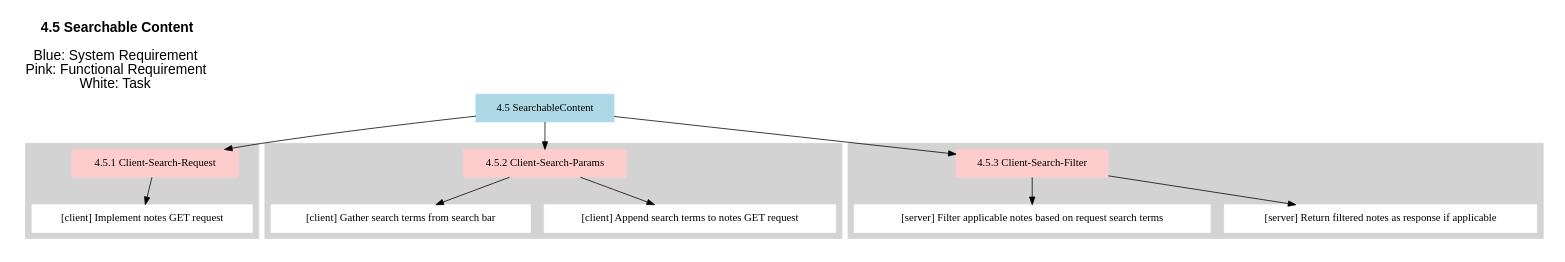
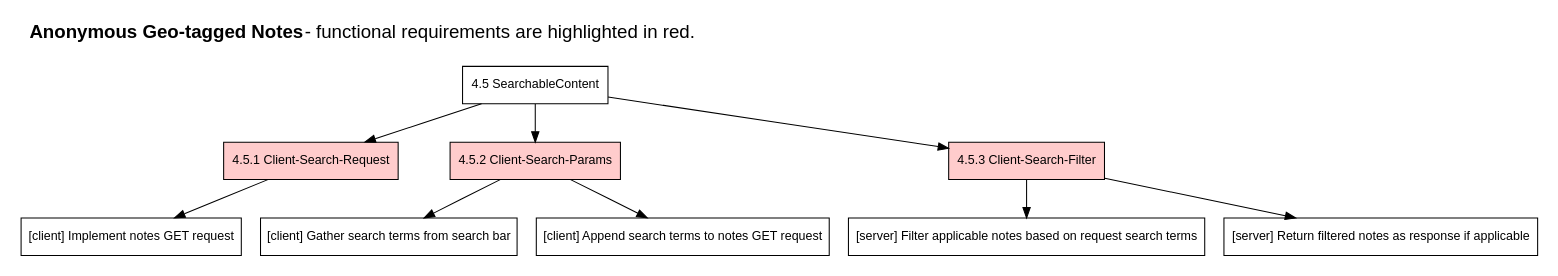
One commit to tamaramicevic/Invisible-Ink changed the diagram in docs/work_breakdown_structure/sf4.5.dot. Above: the diagram before and after it, drawn with Graphviz. The commit also changed 6 other files, not shown here.

```diff
--- a/docs/work_breakdown_structure/sf4.5.dot
+++ b/docs/work_breakdown_structure/sf4.5.dot
@@ -1,50 +1,38 @@
 /*
 Searchable Content:
 Client-Search-Request: The client would send a GET request for all notes in the proximity
 
 Client-Search-Params: The GET request should have search terms as optional parameters
 
 Client-Search-Filter: The server should find the notes within the range of the user and filter them by the search terms provided (if any).
 */
 
 digraph L
 {
     fontsize = 18
     fontname = Arial
     labelloc = "t"
     labeljust = "l"
     rankdir="TB"
+
+    // System feature title
+    label = <<b>Anonymous Geo-tagged Notes</b> - functional requirements are highlighted in red.<br/><br/>>
+
     size="10.25, 7.75";
     overlap="compress"
-    node [shape = rect, color=lightblue, style=filled]; "4.5 SearchableContent";  // System Reqs
-    node [shape = rect, color="#FFCCCC"];                    // Functional Reqs
+    node [shape=record fontname=Arial fontsize=12 fillcolor="lightblue"] "4.5 SearchableContent";  // System Reqs
+    node [style=filled fillcolor="#FFCCCC"]
     "4.5.1 Client-Search-Request" 
     "4.5.2 Client-Search-Params" 
     "4.5.3 Client-Search-Filter";                              
-    node [shape = rect, color=black];      // Tasks
     "4.5 SearchableContent" -> "4.5.1 Client-Search-Request";
     "4.5 SearchableContent" -> "4.5.2 Client-Search-Params"; 
     "4.5 SearchableContent" -> "4.5.3 Client-Search-Filter";        
-    subgraph cluster_0 {
-		style=filled;
-		color=lightgrey;
-		node [style=filled,color=white];
-        "4.5.1 Client-Search-Request" -> "[client] Implement notes GET request"
-	}
-    subgraph cluster_1 {
-		style=filled;
-		color=lightgrey;
-		node [style=filled,color=white];
-        "4.5.2 Client-Search-Params" -> "[client] Gather search terms from search bar"
-        "4.5.2 Client-Search-Params" -> "[client] Append search terms to notes GET request"
-	}
-    subgraph cluster_2 {
-		style=filled;
-		color=lightgrey;
-		node [style=filled,color=white];
-        "4.5.3 Client-Search-Filter" -> "[server] Filter applicable notes based on request search terms"
-        "4.5.3 Client-Search-Filter" -> "[server] Return filtered notes as response if applicable"
-	}
+    node [fillcolor="#FFFFFF"]
+    "4.5.1 Client-Search-Request" -> "[client] Implement notes GET request"
+    "4.5.2 Client-Search-Params" -> "[client] Gather search terms from search bar"
+    "4.5.2 Client-Search-Params" -> "[client] Append search terms to notes GET request"
+    "4.5.3 Client-Search-Filter" -> "[server] Filter applicable notes based on request search terms"
+    "4.5.3 Client-Search-Filter" -> "[server] Return filtered notes as response if applicable"
     
-    label = <<b>4.5 Searchable Content</b><br/><br/> Blue: System Requirement<br/> Pink: Functional Requirement<br/> White: Task>
 }
```
